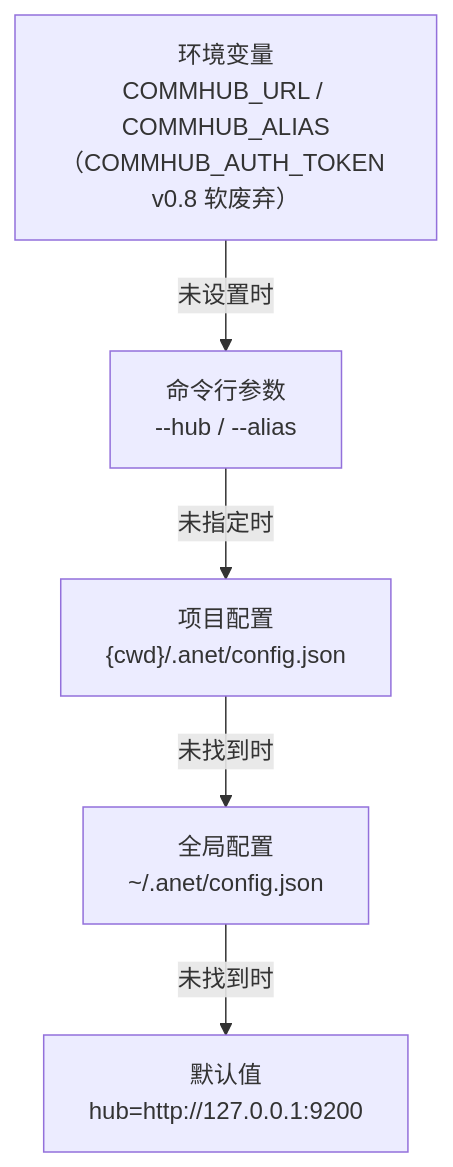
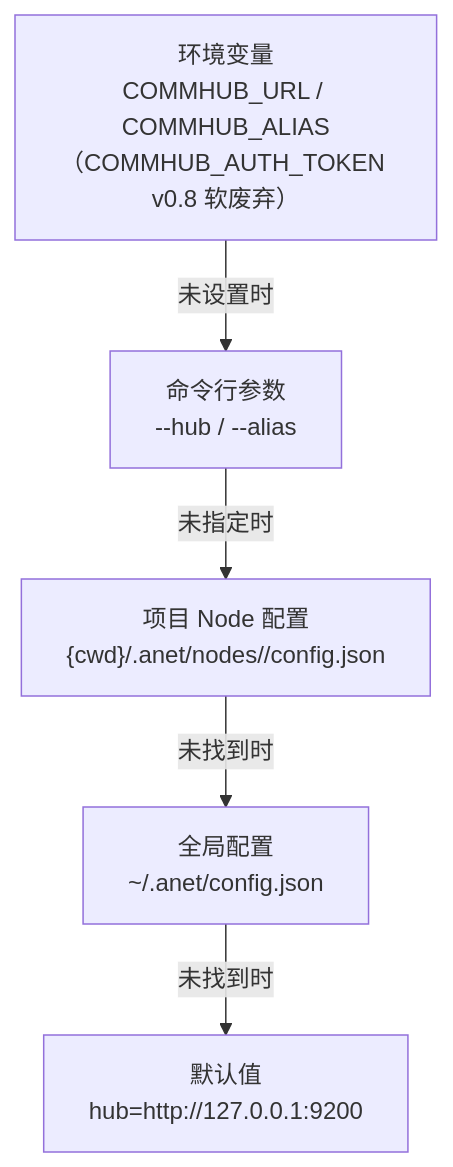
The seventh of 7 diagrams in docs-site/docs/guide/architecture.md (sleep2agi/agent-network), drawn with Mermaid before and after one commit. The commit also changed other lines of this file and 1 other file, not shown here.

Commit message:
docs(round-524 / issue-10): docs-site architecture.md 项目配置 V2-stale schema 更新 — 旧 {cwd}/.anet/config.json {alias,type:claude-code} 是 V2 早期 2 字段格式，改为 v0.8 per-node 子目录 .anet/nodes/<alias>/config.json + 完整 schema（runtime:claude-code-cli 等）；docs/architecture.md 内部版早就 R222 校准过、docs-site 公开版漏了（ZH+EN）

````diff
--- a/docs-site/docs/guide/architecture.md
+++ b/docs-site/docs/guide/architecture.md
@@ -352,13 +352,13 @@
 ```mermaid
 flowchart TD
     A["环境变量\nCOMMHUB_URL / COMMHUB_ALIAS（COMMHUB_AUTH_TOKEN v0.8 软废弃）"]
     B["命令行参数\n--hub / --alias"]
-    C["项目配置\n{cwd}/.anet/config.json"]
+    C["项目 Node 配置\n{cwd}/.anet/nodes/<alias>/config.json"]
     D["全局配置\n~/.anet/config.json"]
     E["默认值\nhub=http://127.0.0.1:9200"]
 
     A -->|未设置时| B
     B -->|未指定时| C
     C -->|未找到时| D
     D -->|未找到时| E
 ```
````
